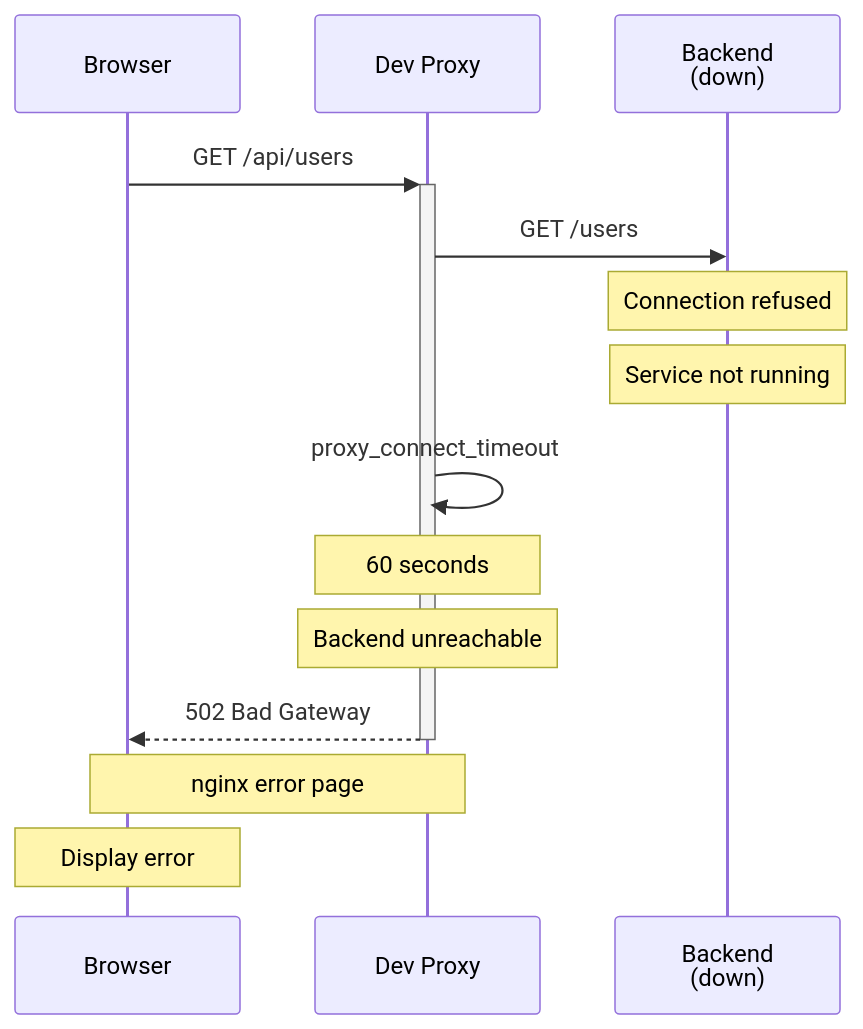
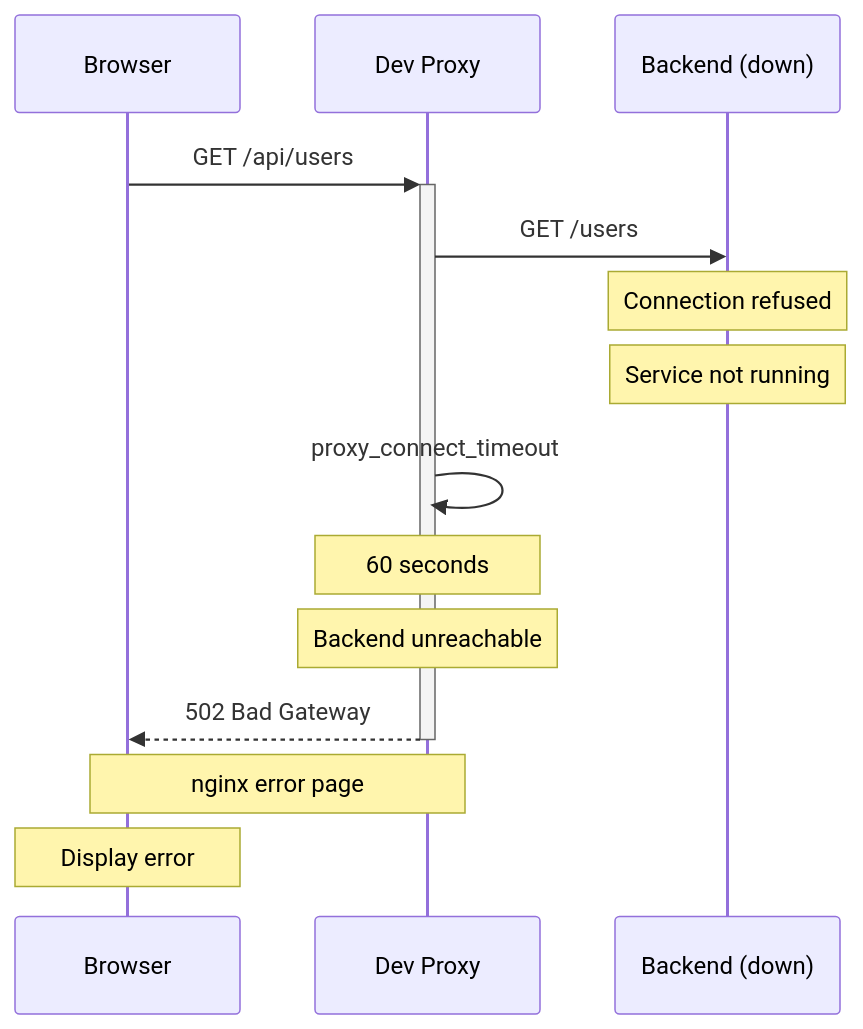
The fifth of 9 diagrams in wiki/Request-Flow.md (softwarewrighter/dev-proxy), drawn with Mermaid before and after one commit. The commit also changed other lines of this file and 6 other files, not shown here.

First line of the commit message:
Fix wiki Mermaid diagrams: remove <br/> tags

````diff
--- a/wiki/Request-Flow.md
+++ b/wiki/Request-Flow.md
@@ -217,22 +217,22 @@
 ```mermaid
 sequenceDiagram
     participant Browser
     participant DevProxy as Dev Proxy
-    participant Backend as Backend<br/>(down)
+    participant Backend as Backend (down)
 
     Browser->>+DevProxy: GET /api/users
 
     DevProxy->>Backend: GET /users
     Note over Backend: Connection refused
     Note over Backend: Service not running
 
     DevProxy->>DevProxy: proxy_connect_timeout
     Note over DevProxy: 60 seconds
 
     Note over DevProxy: Backend unreachable
 
     DevProxy-->>-Browser: 502 Bad Gateway
     Note over DevProxy,Browser: nginx error page
 
     Note over Browser: Display error
 ```
````
